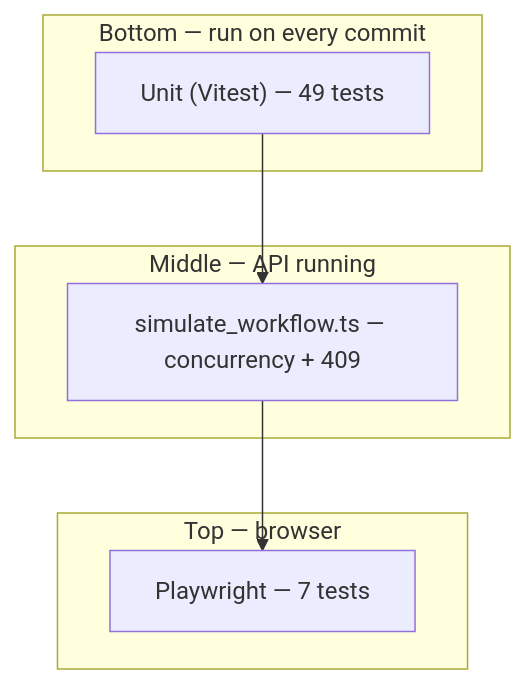
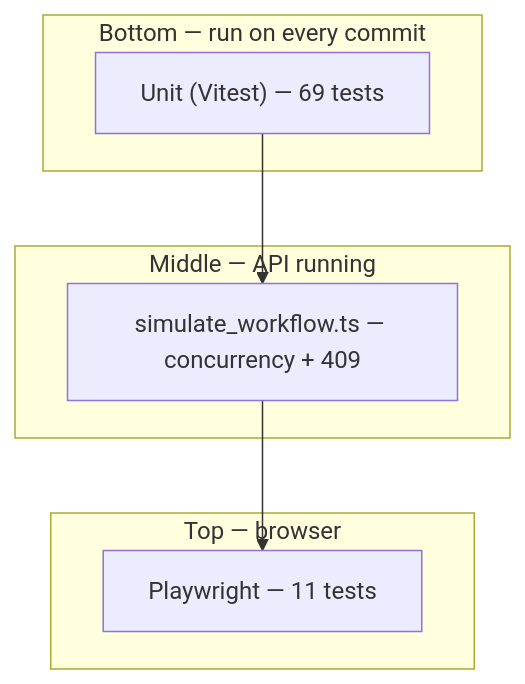
One commit to rickyssj2/cliniq-notes-ai changed the diagram in docs/12-testing-and-performance.md. Above: the diagram before and after it, drawn with Mermaid. The commit also changed other lines of this file and 13 other files, not shown here.

````diff
--- a/docs/12-testing-and-performance.md
+++ b/docs/12-testing-and-performance.md
@@ -7,14 +7,14 @@
 ```mermaid
 flowchart TB
   subgraph fast [Bottom — run on every commit]
-    Unit["Unit (Vitest) — 49 tests"]
+    Unit["Unit (Vitest) — 69 tests"]
   end
   subgraph medium [Middle — API running]
     Sim["simulate_workflow.ts — concurrency + 409"]
   end
   subgraph slow [Top — browser]
-    E2E["Playwright — 7 tests"]
+    E2E["Playwright — 11 tests"]
   end
   Unit --> Sim
   Sim --> E2E
 ```
````
